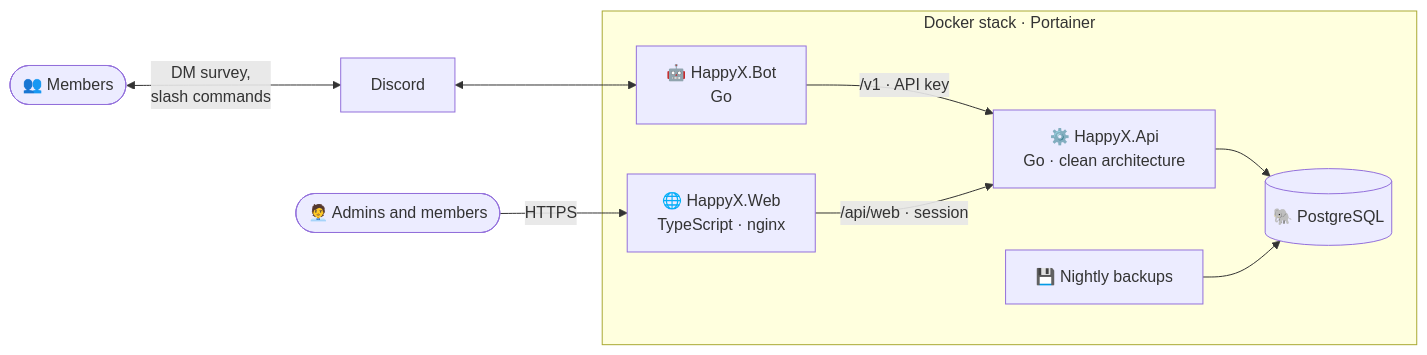
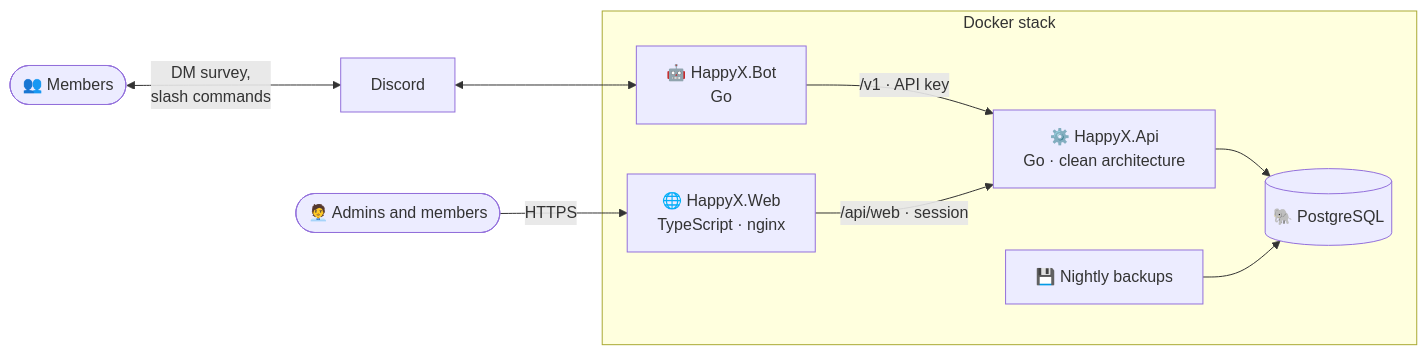
Before and after one commit to moixblau/HappyX: the diagram in README.md, drawn with Mermaid. The commit also changed other lines of this file and 5 other files, not shown here.

````diff
--- a/README.md
+++ b/README.md
@@ -173,12 +173,12 @@
 ```mermaid
 flowchart LR
     members(["👥 Members"]) <-- "DM survey,<br>slash commands" --> discord["Discord"]
     people(["🧑‍💼 Admins and members"]) -- "HTTPS" --> web
     discord <--> bot
-    subgraph stack["Docker stack · Portainer"]
+    subgraph stack["Docker stack"]
         bot["🤖 HappyX.Bot<br>Go"] -- "/v1 · API key" --> api["⚙️ HappyX.Api<br>Go · clean architecture"]
         web["🌐 HappyX.Web<br>TypeScript · nginx"] -- "/api/web · session" --> api
         api --> db[("🐘 PostgreSQL")]
         backup["💾 Nightly backups"] --> db
     end
 ```
````
